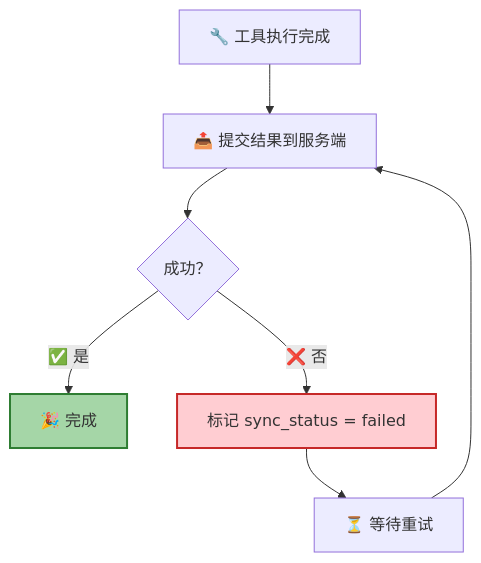
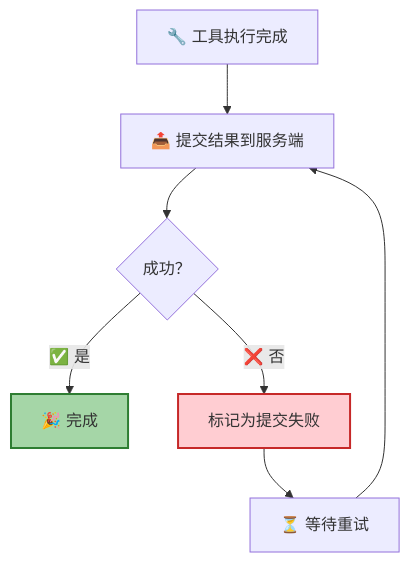
Before and after one commit to rtc-agent/docs: the fifth of 6 diagrams in src/content/docs/concepts/rtc.md, drawn with Mermaid. The commit also changed other lines of this file and 60 other files, not shown here.

First line of the commit message:
docs(site): refresh documentation with new sections and improved diagrams

````diff
--- a/src/content/docs/concepts/rtc.md
+++ b/src/content/docs/concepts/rtc.md
@@ -189,12 +160,12 @@
 ```mermaid
 flowchart TD
     A["🔧 工具执行完成"] --> B["📤 提交结果到服务端"]
     B --> C{"成功？"}
     C -->|"✅ 是"| D["🎉 完成"]
-    C -->|"❌ 否"| E["标记 sync_status = failed"]
+    C -->|"❌ 否"| E["标记为提交失败"]
     E --> F["⏳ 等待重试"]
     F --> B
 
     style D fill:#a5d6a7,stroke:#2e7d32,stroke-width:2px
     style E fill:#ffcdd2,stroke:#c62828,stroke-width:2px
 ```
````
